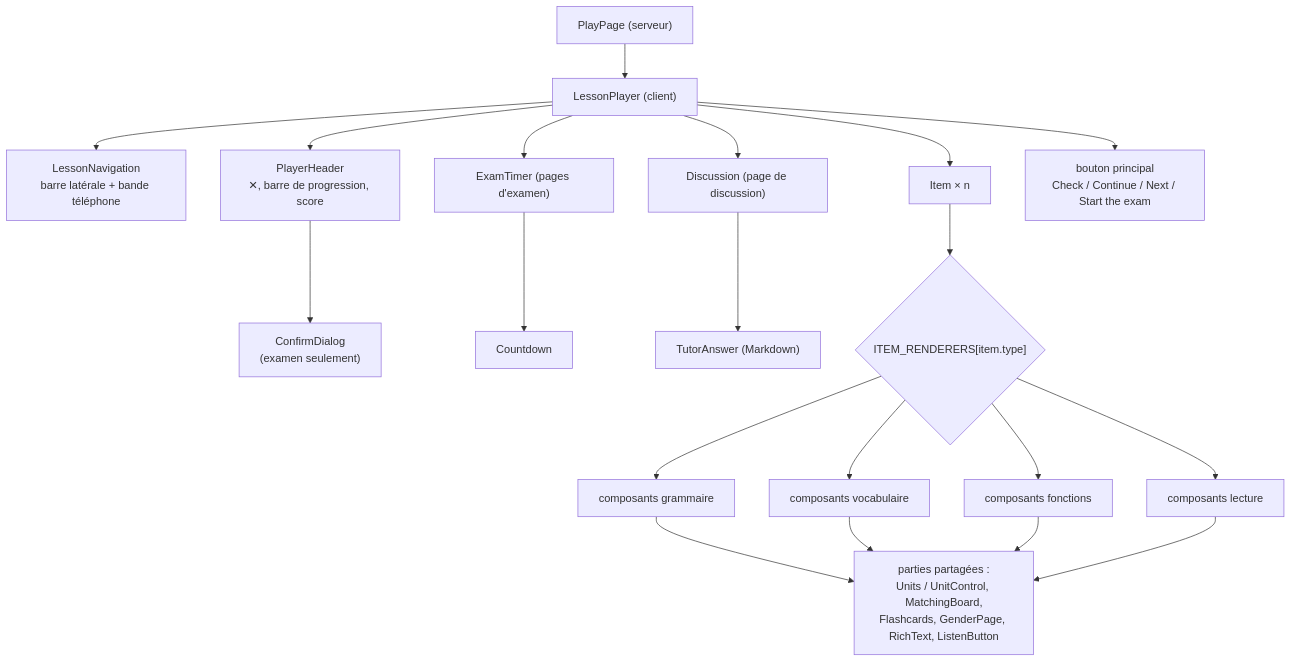
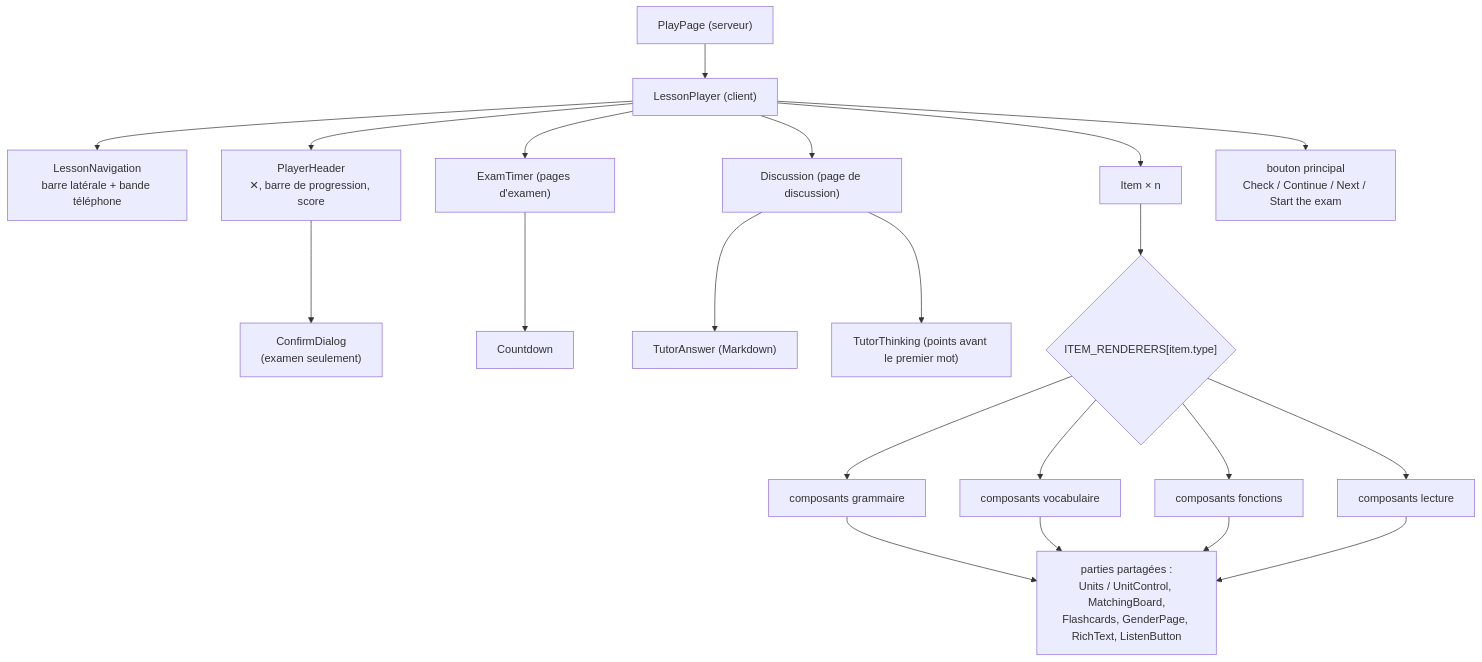
The second of 4 diagrams in docs-fr/web/07-lesson-player.md (VictorBro/ft_transcendence), drawn with Mermaid before and after one commit. The commit also changed other lines of this file and 223 other files, not shown here.

````diff
--- a/docs-fr/web/07-lesson-player.md
+++ b/docs-fr/web/07-lesson-player.md
@@ -446,19 +446,20 @@
 ```mermaid
 flowchart TD
   PP["PlayPage (serveur)"] --> LP["LessonPlayer (client)"]
   LP --> NAV["LessonNavigation<br/>barre latérale + bande téléphone"]
   LP --> PH["PlayerHeader<br/>✕, barre de progression, score"]
   PH --> CD1["ConfirmDialog<br/>(examen seulement)"]
   LP --> ET["ExamTimer (pages d'examen)"]
   ET --> CNT["Countdown"]
   LP --> DIS["Discussion (page de discussion)"]
   DIS --> TA["TutorAnswer (Markdown)"]
+  DIS --> TT["TutorThinking (points avant le premier mot)"]
   LP --> IT["Item × n"]
   IT --> REG{"ITEM_RENDERERS[item.type]"}
   REG --> GR["composants grammaire"]
   REG --> VO["composants vocabulaire"]
   REG --> FU["composants fonctions"]
   REG --> RE["composants lecture"]
   GR & VO & FU & RE --> PARTS["parties partagées :<br/>Units / UnitControl, MatchingBoard,<br/>Flashcards, GenderPage, RichText, ListenButton"]
   LP --> BTN["bouton principal<br/>Check / Continue / Next / Start the exam"]
 ```
````
